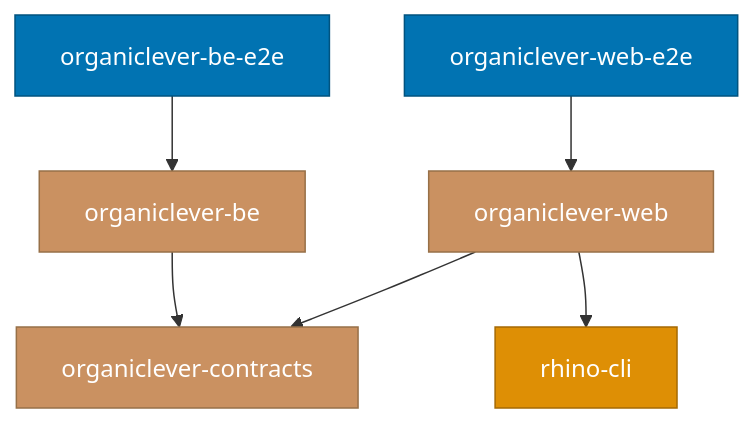
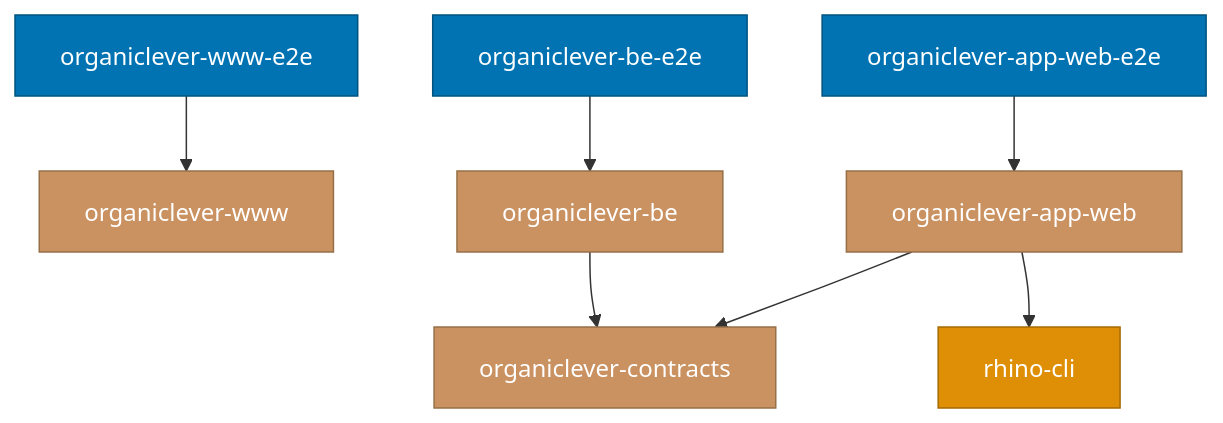
One commit to wahidyankf/baseerah changed the second of 2 diagrams in docs/reference/project-dependency-graph.md. Above: the diagram before and after it, drawn with Mermaid. The commit also changed other lines of this file and 103 other files, not shown here.

First line of the commit message:
docs: sweep stale app names to -www/-be tiers; sanction www app type (Phase 9)

````diff
--- a/docs/reference/project-dependency-graph.md
+++ b/docs/reference/project-dependency-graph.md
@@ -93,29 +93,32 @@
 ```mermaid
 graph TD
   %% E2E tests (top level)
-  OLFE2E[organiclever-web-e2e]
+  OLWWWE2E[organiclever-www-e2e]
+  OLAPPE2E[organiclever-app-web-e2e]
   OLBE2E[organiclever-be-e2e]
 
   %% Apps
-  OLF[organiclever-web]
+  OLWWW[organiclever-www]
+  OLAPP[organiclever-app-web]
   OLB[organiclever-be]
 
   %% Shared
   OLC[organiclever-contracts]
   RC[rhino-cli]
 
   %% Edges
-  OLFE2E --> OLF
+  OLWWWE2E --> OLWWW
+  OLAPPE2E --> OLAPP
   OLBE2E --> OLB
-  OLF --> OLC
-  OLF --> RC
+  OLAPP --> OLC
+  OLAPP --> RC
   OLB --> OLC
 
   classDef cli fill:#DE8F05,stroke:#A56A04,color:#FFFFFF
   classDef product fill:#CA9161,stroke:#977048,color:#FFFFFF
   classDef e2e fill:#0173B2,stroke:#01537F,color:#FFFFFF
 
   class RC cli
-  class OLF,OLB,OLC product
-  class OLFE2E,OLBE2E e2e
+  class OLWWW,OLAPP,OLB,OLC product
+  class OLWWWE2E,OLAPPE2E,OLBE2E e2e
 ```
````
